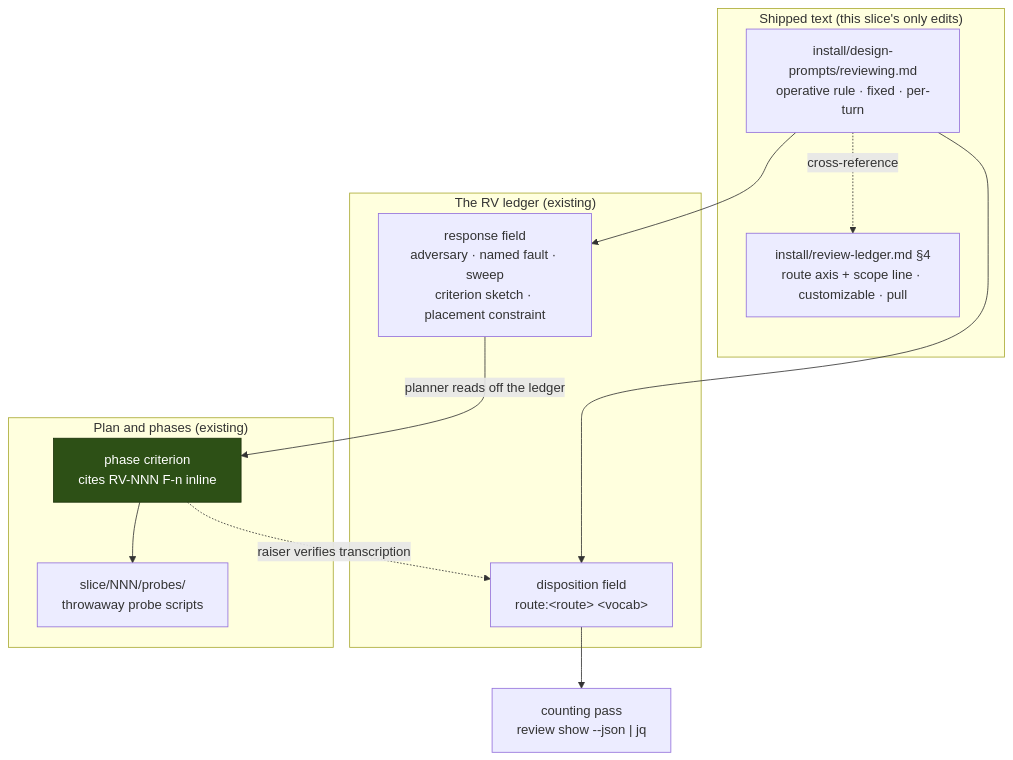
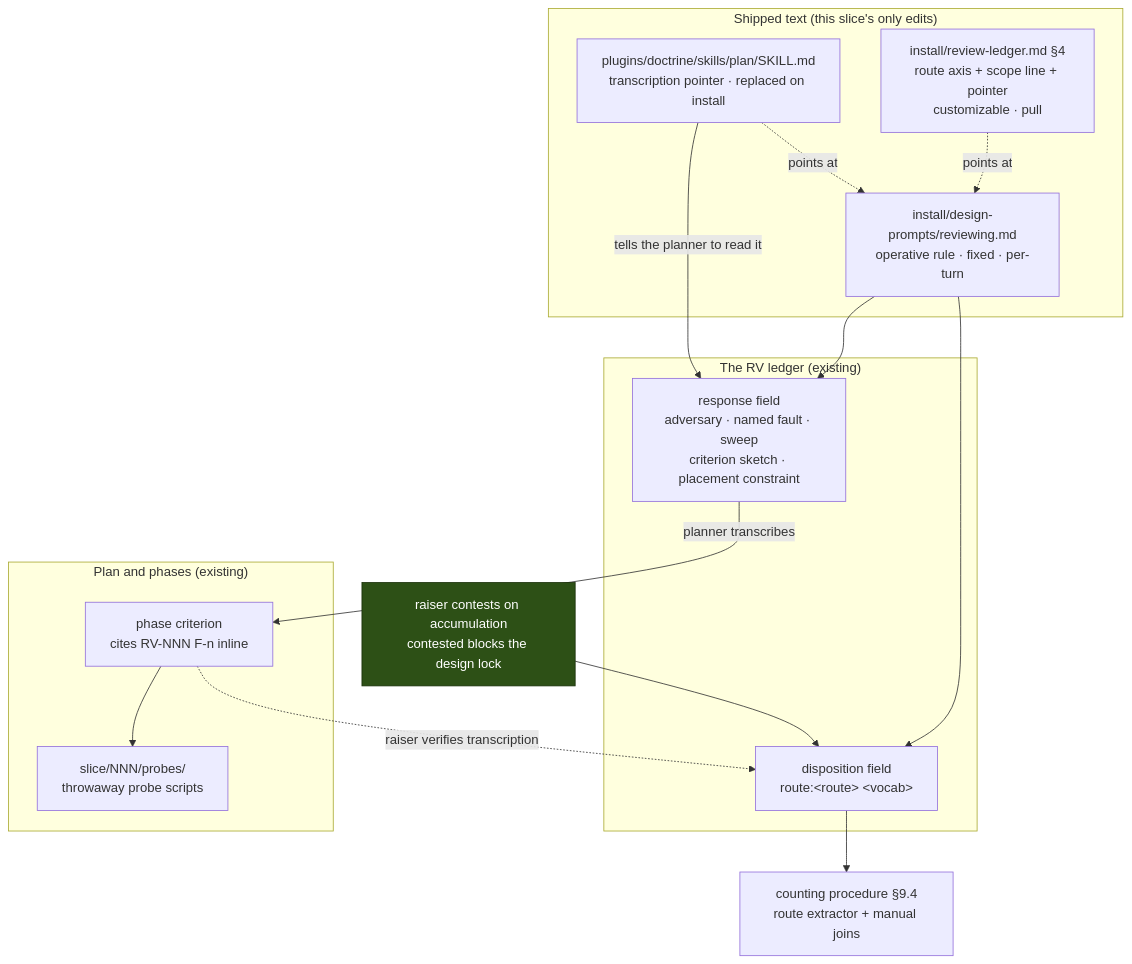
One commit to davidlee/doctrine changed the second of 3 diagrams in .doctrine/slice/260/design.md. Above: the diagram before and after it, drawn with Mermaid. The commit also changed other lines of this file and 11 other files, not shown here.

````diff
--- a/.doctrine/slice/260/design.md
+++ b/.doctrine/slice/260/design.md
@@ -311,28 +379,32 @@
 ```mermaid
 flowchart TB
     subgraph shipped["Shipped text (this slice's only edits)"]
         FRAG["install/design-prompts/reviewing.md<br/>operative rule · fixed · per-turn"]
-        LEDG["install/review-ledger.md §4<br/>route axis + scope line · customizable · pull"]
-        FRAG -. "cross-reference" .-> LEDG
+        LEDG["install/review-ledger.md §4<br/>route axis + scope line + pointer<br/>customizable · pull"]
+        PLANS["plugins/doctrine/skills/plan/SKILL.md<br/>transcription pointer · replaced on install"]
+        LEDG -. "points at" .-> FRAG
+        PLANS -. "points at" .-> FRAG
     end
 
     subgraph ledger["The RV ledger (existing)"]
         DISP["disposition field<br/>route:&lt;route&gt; &lt;vocab&gt;"]
         RESP["response field<br/>adversary · named fault · sweep<br/>criterion sketch · placement constraint"]
     end
 
     subgraph plan["Plan and phases (existing)"]
         CRIT["phase criterion<br/>cites RV-NNN F-n inline"]
         PROBE["slice/NNN/probes/<br/>throwaway probe scripts"]
     end
 
     FRAG --> DISP
     FRAG --> RESP
-    RESP -- "planner reads off the ledger" --> CRIT
+    PLANS -- "tells the planner to read it" --> RESP
+    RESP -- "planner transcribes" --> CRIT
     CRIT --> PROBE
-    DISP --> COUNT["counting pass<br/>review show --json | jq"]
+    DISP --> COUNT["counting procedure §9.4<br/>route extractor + manual joins"]
     CRIT -. "raiser verifies transcription" .-> DISP
+    CONT["raiser contests on accumulation<br/>contested blocks the design lock"] --> DISP
 
     classDef teeth fill:#2d5016,color:#fff,stroke:#1a3009
-    class CRIT teeth
+    class CONT teeth
 ```
````
